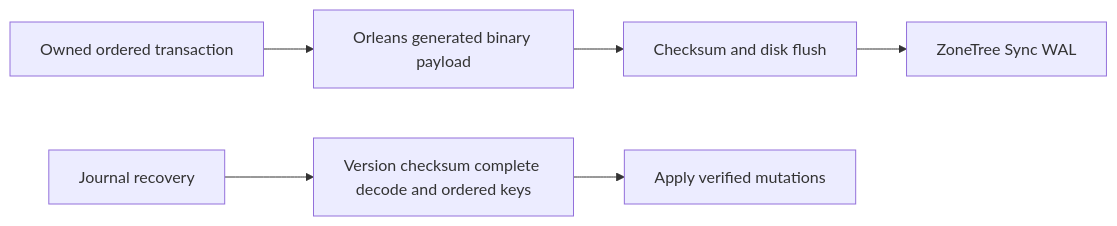
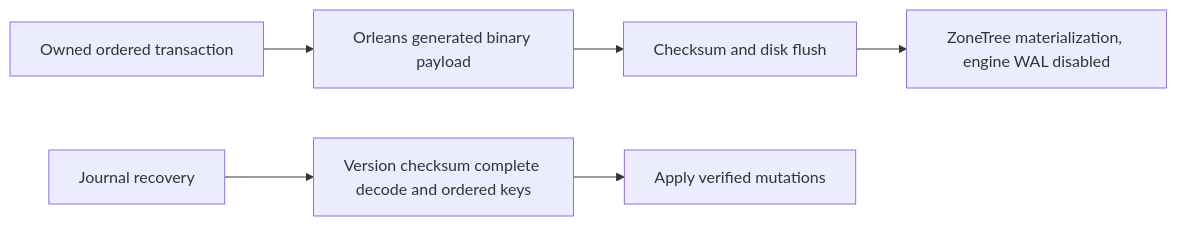
Before and after one commit to managedcode/KeyLoad: the sixth of 7 diagrams in docs/Features/StorageRecovery.md, drawn with Mermaid. The commit also changed 6 other files, not shown here.

````diff
--- a/docs/Features/StorageRecovery.md
+++ b/docs/Features/StorageRecovery.md
@@ -197,8 +197,8 @@
 ```mermaid
 flowchart LR
     Transaction[Owned ordered transaction] --> Codec[Orleans generated binary payload]
     Codec --> Commit[Checksum and disk flush]
-    Commit --> Execution[ZoneTree Sync WAL]
+    Commit --> Execution[ZoneTree materialization, engine WAL disabled]
     Reopen[Journal recovery] --> Validate[Version checksum complete decode and ordered keys]
     Validate --> Apply[Apply verified mutations]
 ```
````
